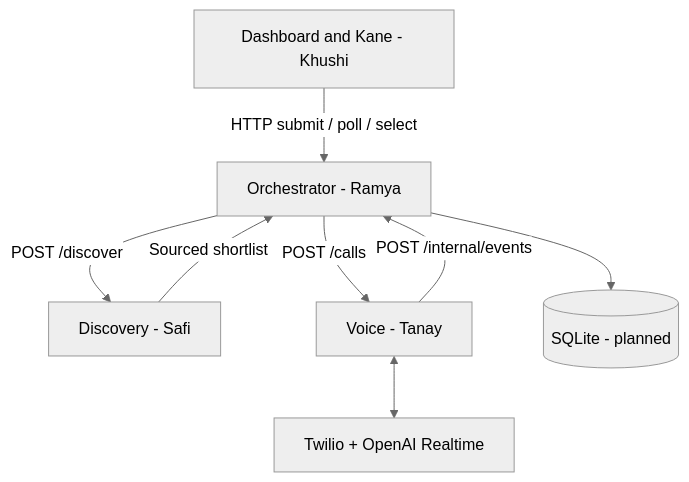
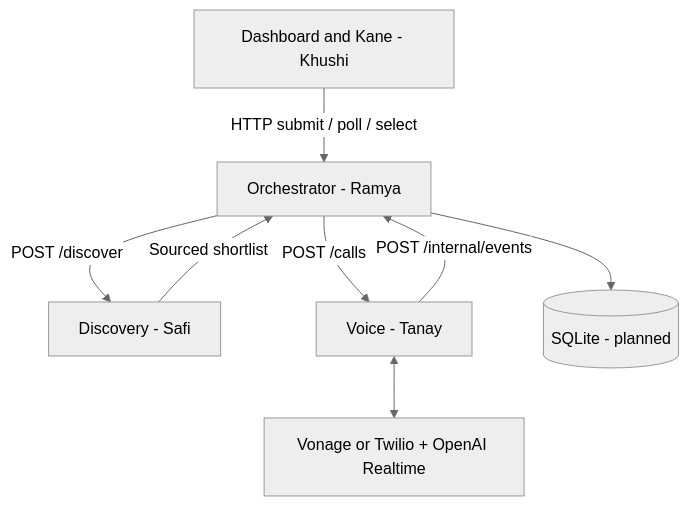
Before and after one commit to RamyaRamachandran-driod/emergency-caller: the diagram in docs/ARCHITECTURE.md, drawn with Mermaid (neutral theme). The commit also changed other lines of this file and 24 other files, not shown here.

Commit message:
Add local Vonage and Twilio voice agent with live audio and quote tools

````diff
--- a/docs/ARCHITECTURE.md
+++ b/docs/ARCHITECTURE.md
@@ -3,10 +3,10 @@
 ```mermaid
 flowchart TD
  UI[Dashboard and Kane - Khushi] -->|HTTP submit / poll / select| O[Orchestrator - Ramya]
  O -->|POST /discover| D[Discovery - Safi]
  D -->|Sourced shortlist| O
  O -->|POST /calls| V[Voice - Tanay]
  V -->|POST /internal/events| O
- V <--> T[Twilio + OpenAI Realtime]
+ V <--> T[Vonage or Twilio + OpenAI Realtime]
  O --> DB[(SQLite - planned)]
 ```
````
